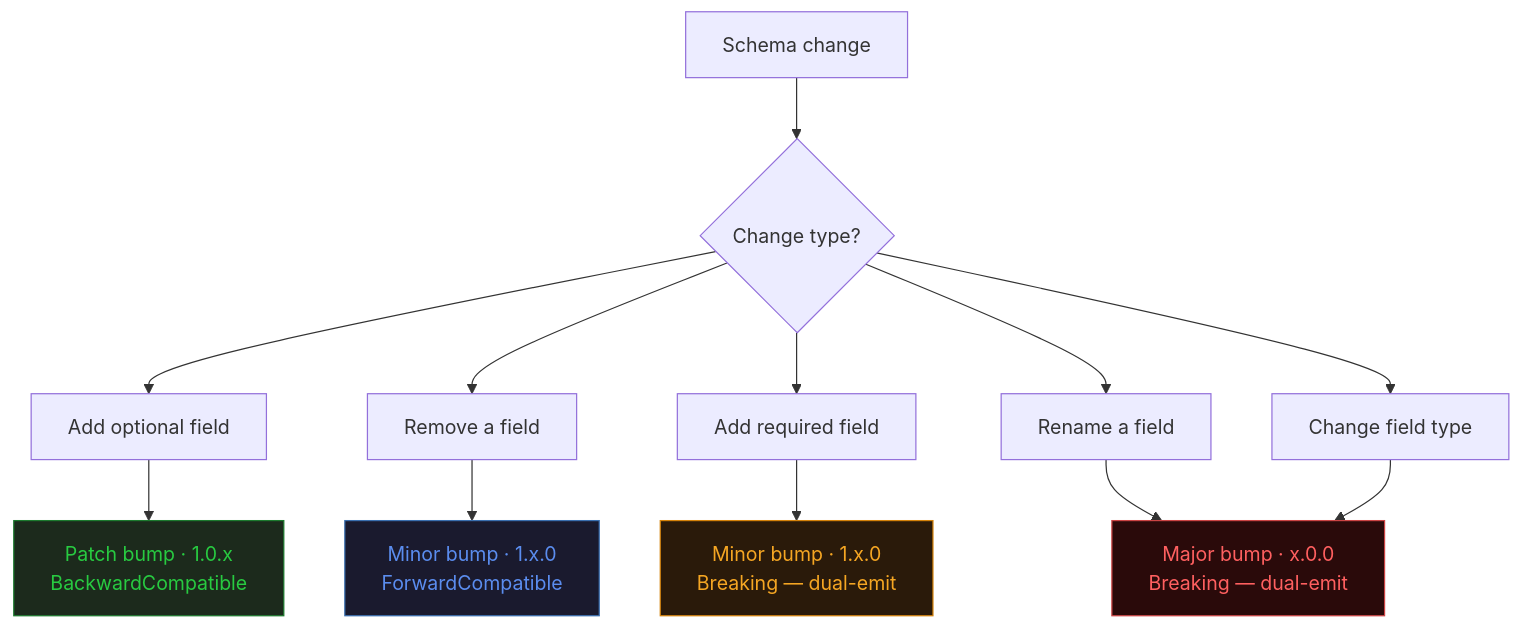
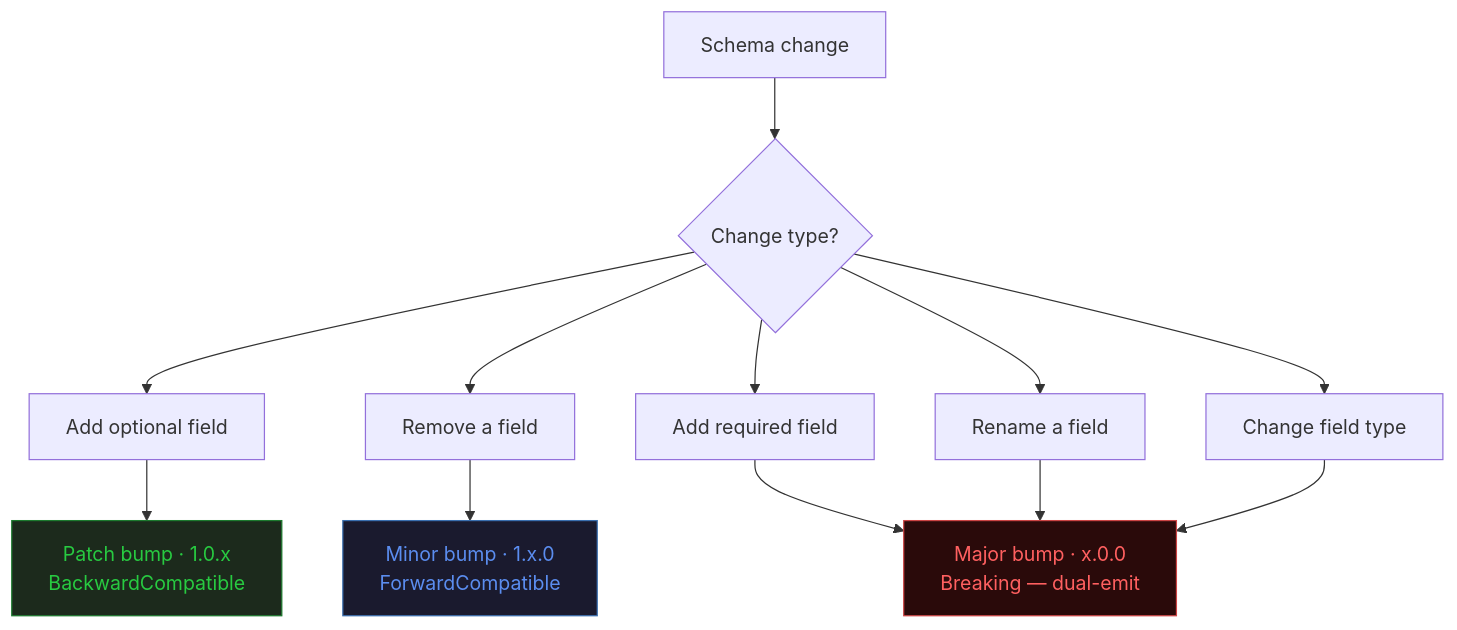
One commit to radra23/scryops-site changed the diagram in content/guides/log-schema-versioning.md. Above: the diagram before and after it, drawn with Mermaid. The commit also changed other lines of this file and 5 other files, not shown here.

```diff
--- a/content/guides/log-schema-versioning.md
+++ b/content/guides/log-schema-versioning.md
@@ -148,24 +148,22 @@
 {{< mermaid >}}
 flowchart TD
     change["Schema change"]
     type{"Change type?"}
     add_opt["Add optional field"]
     remove["Remove a field"]
     add_req["Add required field"]
     rename["Rename a field"]
     retype["Change field type"]
     patch["Patch bump · 1.0.x<br/>BackwardCompatible"]
     fwd["Minor bump · 1.x.0<br/>ForwardCompatible"]
-    minor_b["Minor bump · 1.x.0<br/>Breaking — dual-emit"]
     major["Major bump · x.0.0<br/>Breaking — dual-emit"]
     change --> type
     type --> add_opt --> patch
     type --> remove --> fwd
-    type --> add_req --> minor_b
+    type --> add_req --> major
     type --> rename --> major
     type --> retype --> major
     style patch fill:#1C2A1C,stroke:#1C7A2E,color:#28CA41
     style fwd fill:#1A1A2E,stroke:#3A6FAF,color:#5B8DEF
-    style minor_b fill:#2A1A0A,stroke:#D4820A,color:#F5A623
     style major fill:#2A0A0A,stroke:#CC4444,color:#FF6060
 {{< /mermaid >}}
```
